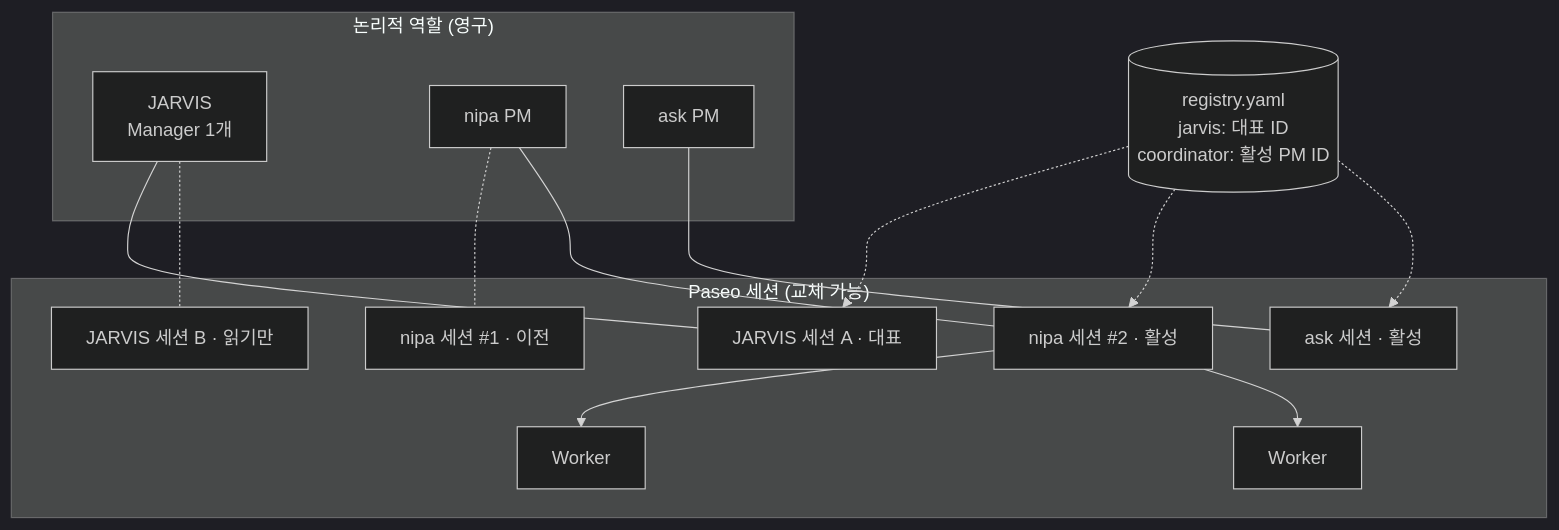
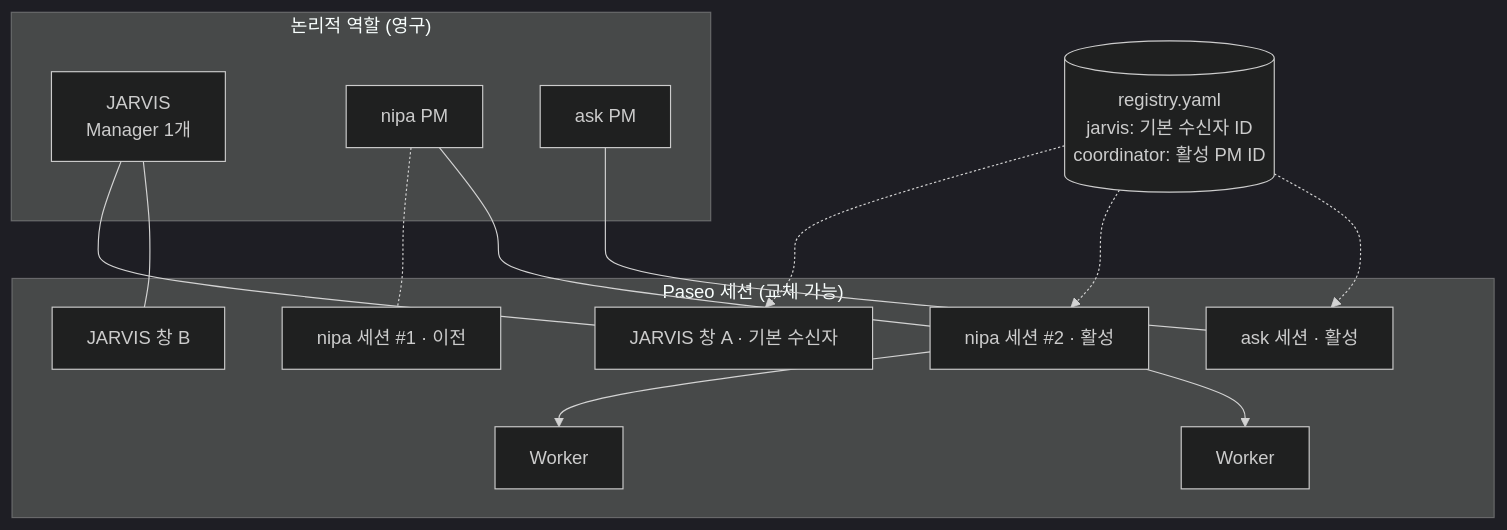
Before and after one commit to smdeveloper7/jarvis: the first of 5 diagrams in docs/02_Agent_Lifecycle_Management.md, drawn with Mermaid (dark theme). The commit also changed other lines of this file and 11 other files, not shown here.

````diff
--- a/docs/02_Agent_Lifecycle_Management.md
+++ b/docs/02_Agent_Lifecycle_Management.md
@@ -14,28 +14,28 @@
 ```mermaid
 flowchart TD
     subgraph L["논리적 역할 (영구)"]
         M["JARVIS<br/>Manager 1개"]
         P1["nipa PM"]
         P2["ask PM"]
     end
     subgraph S["Paseo 세션 (교체 가능)"]
-        MS1["JARVIS 세션 A · 대표"]
-        MS2["JARVIS 세션 B · 읽기만"]
+        MS1["JARVIS 창 A · 기본 수신자"]
+        MS2["JARVIS 창 B"]
         PS0["nipa 세션 #1 · 이전"]
         PS1["nipa 세션 #2 · 활성"]
         AS1["ask 세션 · 활성"]
         W1["Worker"]
         W2["Worker"]
     end
     M --- MS1
-    M -.- MS2
+    M --- MS2
     P1 -.- PS0
     P1 --- PS1
     P2 --- AS1
     PS1 --> W1
     PS1 --> W2
-    REG[("registry.yaml<br/>jarvis: 대표 ID<br/>coordinator: 활성 PM ID")]
+    REG[("registry.yaml<br/>jarvis: 기본 수신자 ID<br/>coordinator: 활성 PM ID")]
     REG -.-> MS1
     REG -.-> PS1
     REG -.-> AS1
 ```
````
